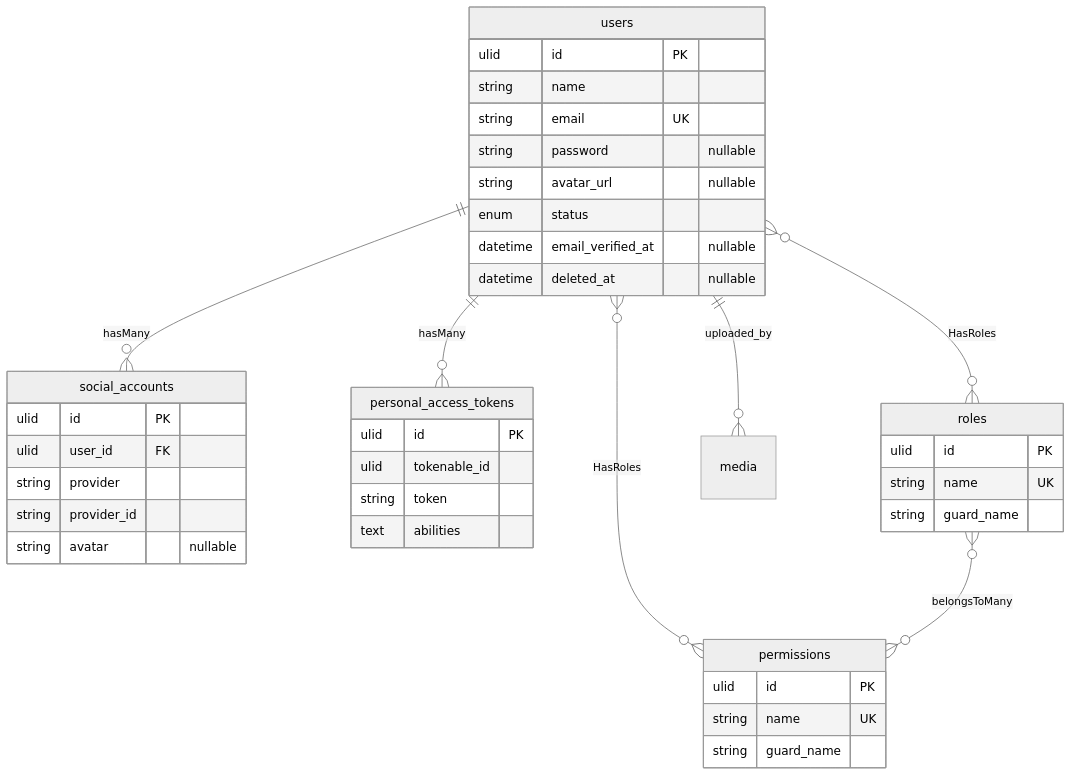
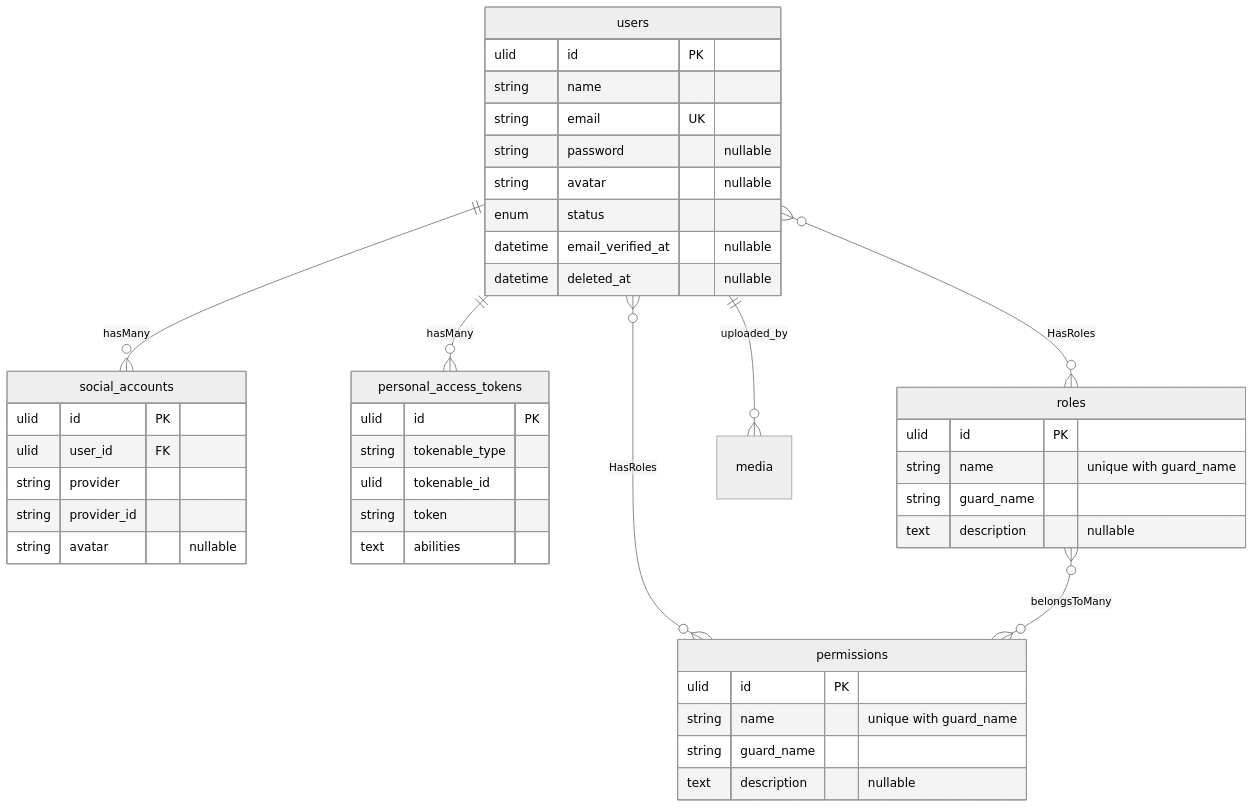
The first of 4 diagrams in modules/IAM/README.md (thomiOmi/laravel-starterkit-api), drawn with Mermaid (neutral theme) before and after one commit. The commit also changed other lines of this file and 3 other files, not shown here.

Commit message:
docs(iam): align IAM README and architecture with code (#412)

````diff
--- a/modules/IAM/README.md
+++ b/modules/IAM/README.md
@@ -61,43 +61,46 @@
 ```mermaid
 erDiagram
     users ||--o{ social_accounts : hasMany
     users ||--o{ personal_access_tokens : hasMany
     users }o--o{ roles : HasRoles
     users }o--o{ permissions : HasRoles
     roles }o--o{ permissions : belongsToMany
     users ||--o{ media : uploaded_by
 
     users {
         ulid id PK
         string name
         string email UK
         string password "nullable"
-        string avatar_url "nullable"
+        string avatar "nullable"
         enum status
         datetime email_verified_at "nullable"
         datetime deleted_at "nullable"
     }
     social_accounts {
         ulid id PK
         ulid user_id FK
         string provider
         string provider_id
         string avatar "nullable"
     }
     roles {
         ulid id PK
-        string name UK
+        string name "unique with guard_name"
         string guard_name
+        text description "nullable"
     }
     permissions {
         ulid id PK
-        string name UK
+        string name "unique with guard_name"
         string guard_name
+        text description "nullable"
     }
     personal_access_tokens {
         ulid id PK
+        string tokenable_type
         ulid tokenable_id
         string token
         text abilities
     }
 ```
````
